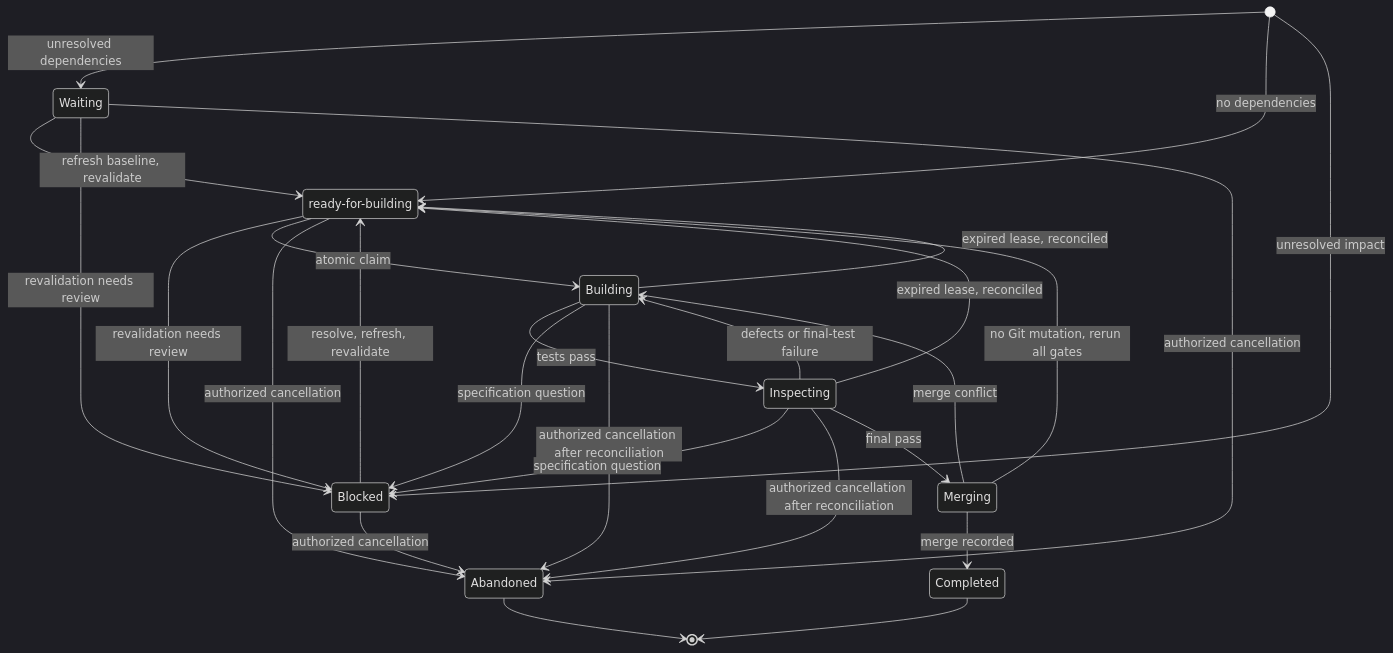
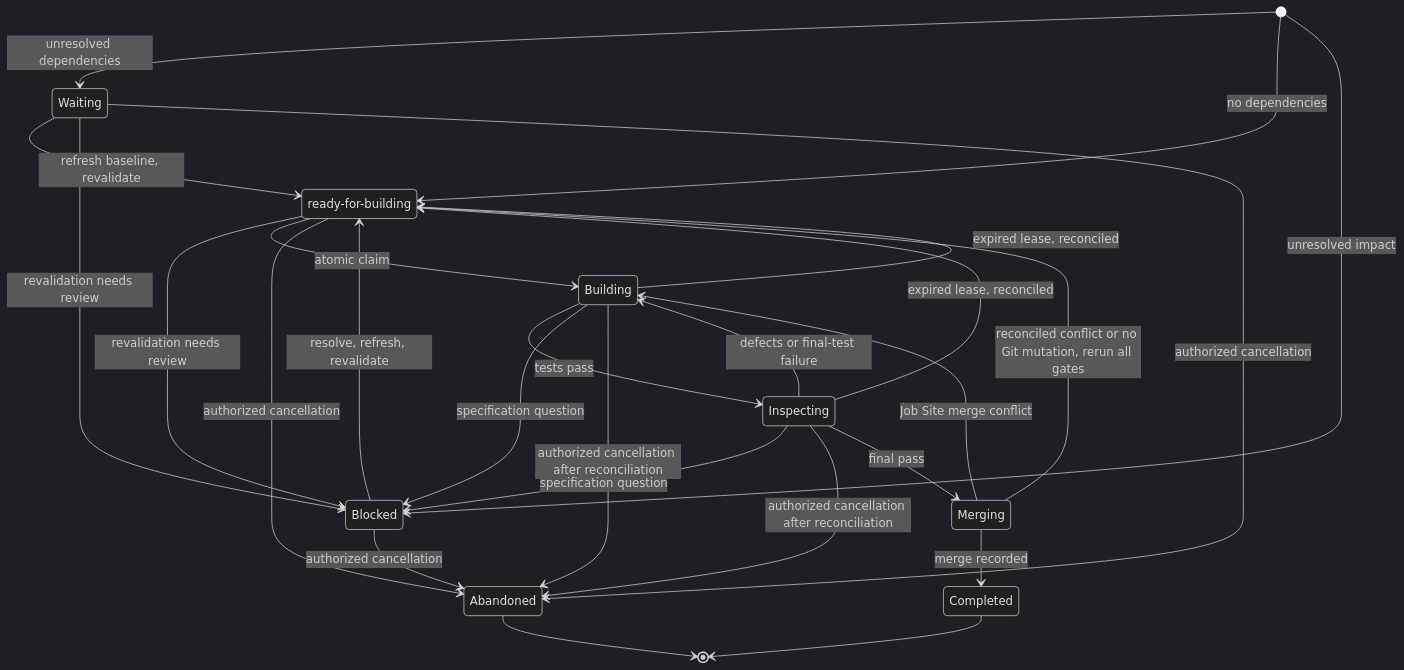
The ninth of 10 diagrams in docs/architecture/user-interaction-flow.md (JohnStrunk/ProtoBot), drawn with Mermaid (dark theme) before and after one commit. The commit also changed 2 other files, not shown here.

Commit message:
fix(#32): close follow-up review gaps

````diff
--- a/docs/architecture/user-interaction-flow.md
+++ b/docs/architecture/user-interaction-flow.md
@@ -1023,29 +1023,29 @@
 ```mermaid
 stateDiagram-v2
     state "ready-for-building" as Ready
     [*] --> Waiting: unresolved dependencies
     [*] --> Ready: no dependencies
     [*] --> Blocked: unresolved impact
     Waiting --> Ready: refresh baseline, revalidate
     Waiting --> Blocked: revalidation needs review
     Waiting --> Abandoned: authorized cancellation
     Ready --> Blocked: revalidation needs review
     Ready --> Building: atomic claim
     Ready --> Abandoned: authorized cancellation
     Building --> Inspecting: tests pass
     Building --> Blocked: specification question
     Building --> Ready: expired lease, reconciled
     Building --> Abandoned: authorized cancellation after reconciliation
     Inspecting --> Blocked: specification question
     Inspecting --> Building: defects or final-test failure
     Inspecting --> Ready: expired lease, reconciled
     Inspecting --> Abandoned: authorized cancellation after reconciliation
     Blocked --> Ready: resolve, refresh, revalidate
     Blocked --> Abandoned: authorized cancellation
     Inspecting --> Merging: final pass
-    Merging --> Building: merge conflict
+    Merging --> Building: Job Site merge conflict
     Merging --> Completed: merge recorded
-    Merging --> Ready: no Git mutation, rerun all gates
+    Merging --> Ready: reconciled conflict or no Git mutation, rerun all gates
     Completed --> [*]
     Abandoned --> [*]
 ```
````
